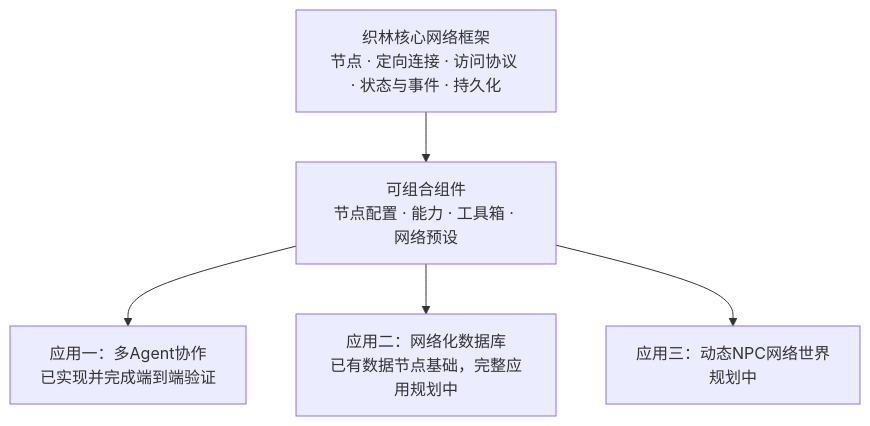
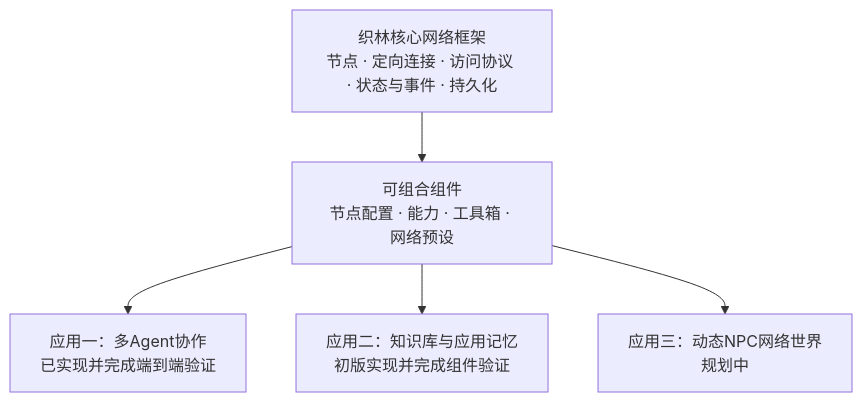
Before and after one commit to kazari-qwp/Nexarbor: the diagram in README.md, drawn with Mermaid. The commit also changed other lines of this file and 5 other files, not shown here.

````diff
--- a/README.md
+++ b/README.md
@@ -15,9 +33,9 @@
 ```mermaid
 flowchart TB
     Core["织林核心网络框架<br/>节点 · 定向连接 · 访问协议 · 状态与事件 · 持久化"]
     Components["可组合组件<br/>节点配置 · 能力 · 工具箱 · 网络预设"]
     Core --> Components
     Components --> Agents["应用一：多Agent协作<br/>已实现并完成端到端验证"]
-    Components --> Database["应用二：网络化数据库<br/>已有数据节点基础，完整应用规划中"]
+    Components --> Database["应用二：知识库与应用记忆<br/>初版实现并完成组件验证"]
     Components --> World["应用三：动态NPC网络世界<br/>规划中"]
 ```
````
